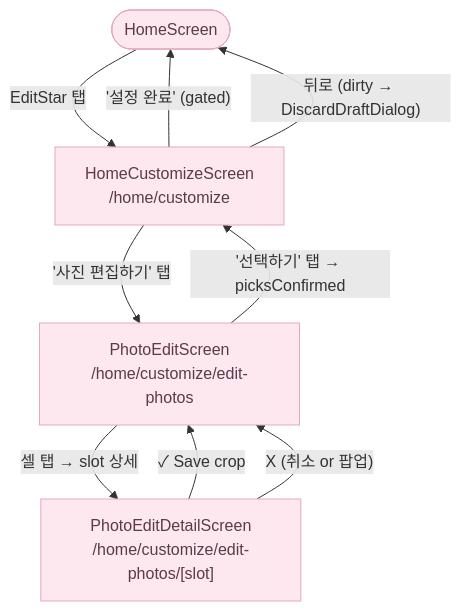
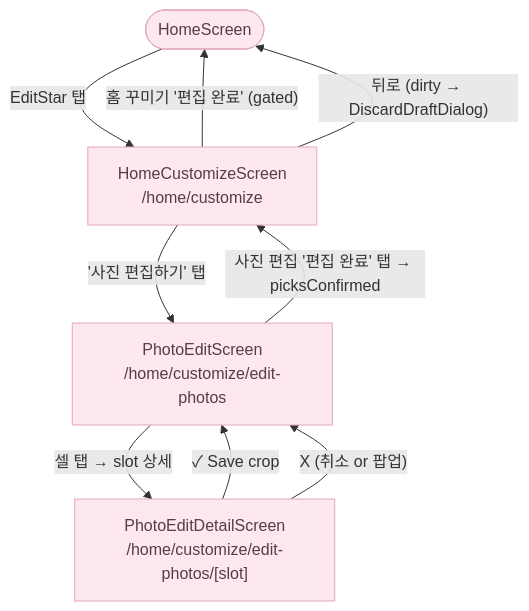
The first of 6 diagrams in docs/flows/customize.md (soojjung/dwee-wellness-tracker), drawn with Mermaid before and after one commit. The commit also changed other lines of this file and 52 other files, not shown here.

````diff
--- a/docs/flows/customize.md
+++ b/docs/flows/customize.md
@@ -12,19 +12,19 @@
 ```mermaid
 flowchart TD
     Home(["HomeScreen"])
     Customize["HomeCustomizeScreen\n/home/customize"]
     EditPhotos["PhotoEditScreen\n/home/customize/edit-photos"]
     Detail["PhotoEditDetailScreen\n/home/customize/edit-photos/[slot]"]
 
     Home -->|"EditStar 탭"| Customize
     Customize -->|"'사진 편집하기' 탭"| EditPhotos
     EditPhotos -->|"셀 탭 → slot 상세"| Detail
     Detail -->|"✓ Save crop"| EditPhotos
     Detail -->|"X (취소 or 팝업)"| EditPhotos
-    EditPhotos -->|"'선택하기' 탭 → picksConfirmed"| Customize
-    Customize -->|"'설정 완료' (gated)"| Home
+    EditPhotos -->|"사진 편집 '편집 완료' 탭 → picksConfirmed"| Customize
+    Customize -->|"홈 꾸미기 '편집 완료' (gated)"| Home
     Customize -->|"뒤로 (dirty → DiscardDraftDialog)"| Home
 
     classDef ui fill:#FDE8EF,stroke:#E5A8BD,color:#5C3A4A;
     class Home,Customize,EditPhotos,Detail ui;
 ```
````
